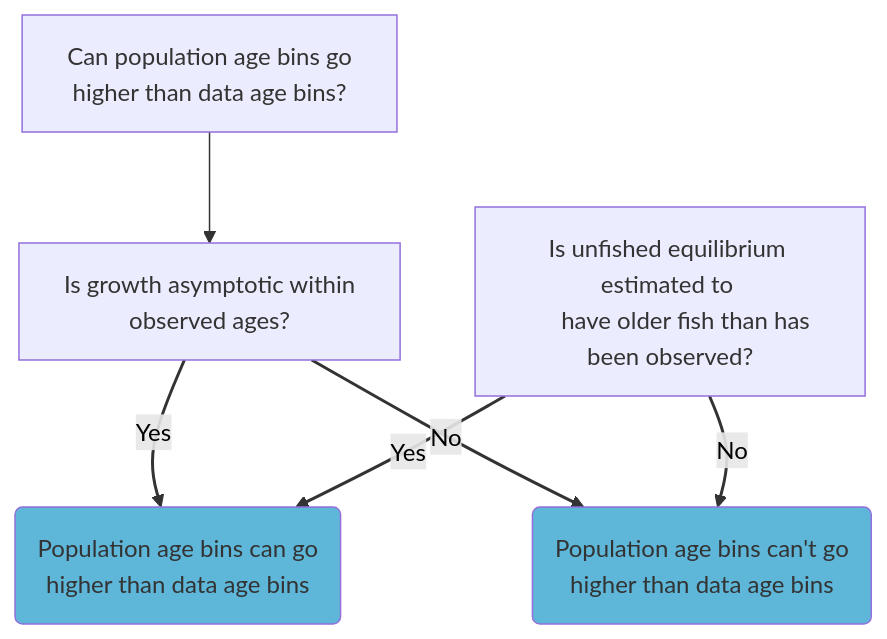
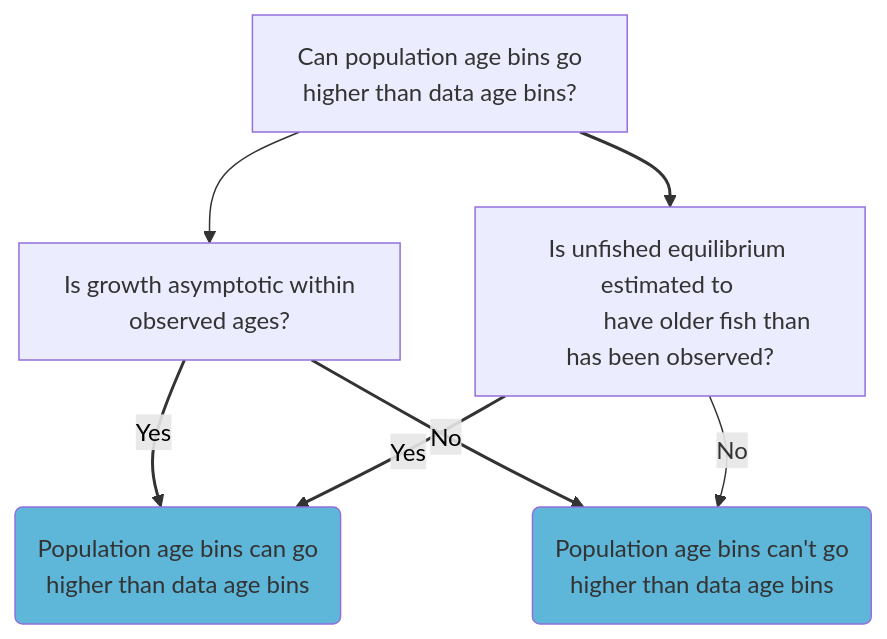
One commit to nmfs-ost/ss3-website changed the sixth of 6 diagrams in website/qmds/ss3_setup_decisions.qmd. Above: the diagram before and after it, drawn with Mermaid.

````diff
--- a/website/qmds/ss3_setup_decisions.qmd
+++ b/website/qmds/ss3_setup_decisions.qmd
@@ -92,16 +92,19 @@
 ```{mermaid}
 flowchart TB
     A["Can population age bins go 
       higher than data age bins?"] --> B["Is growth asymptotic within 
                                           observed ages?"]
+    A --> D["Is unfished equilibrium estimated to 
+             have older fish than has been observed?"]                                     
     B -- Yes --> C("Population age bins can go 
                     higher than data age bins")
-    D["Is unfished equilibrium estimated to 
-      have older fish than has been observed?"] -- Yes --> C
+      
+    D -- Yes --> C
+      
     B -- No --> E("Population age bins can't go 
                   higher than data age bins")
     D -- No --> E
     linkStyle 1,2,3,4 stroke-width:2px,color:black
     style C fill:#5EB6D9
     style E fill:#5EB6D9
 ```
````
